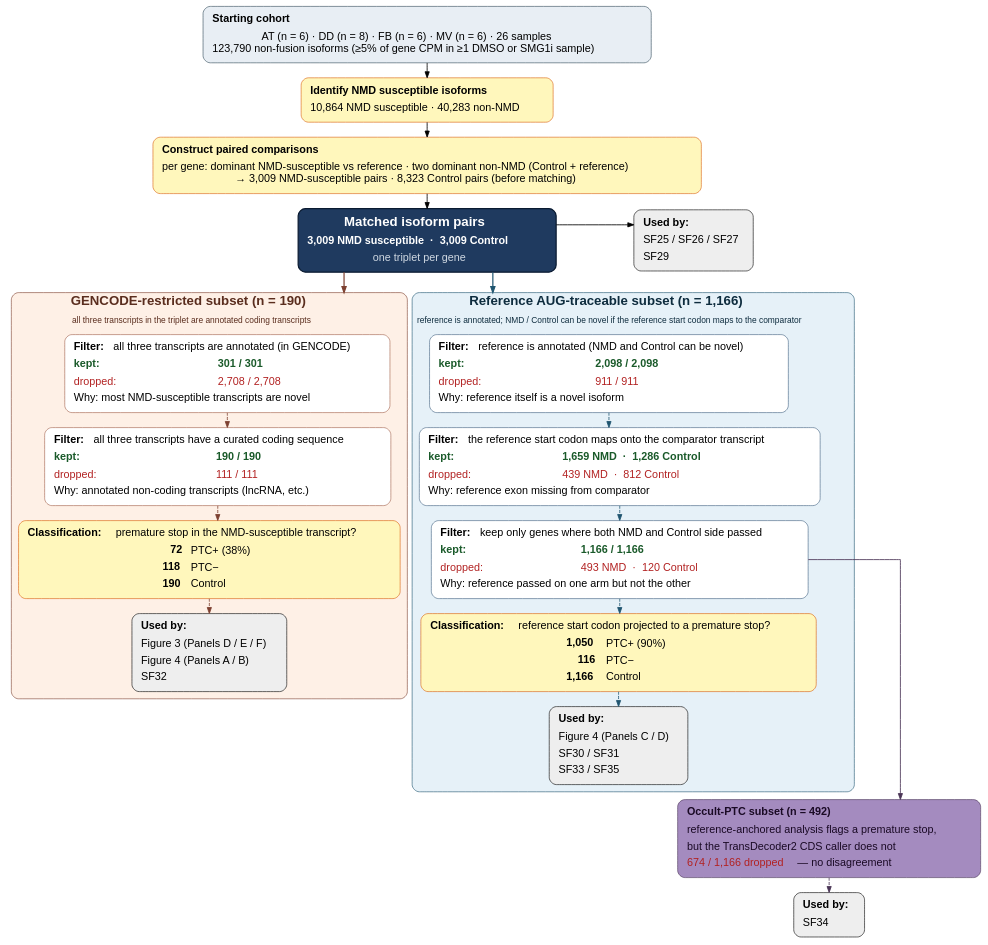
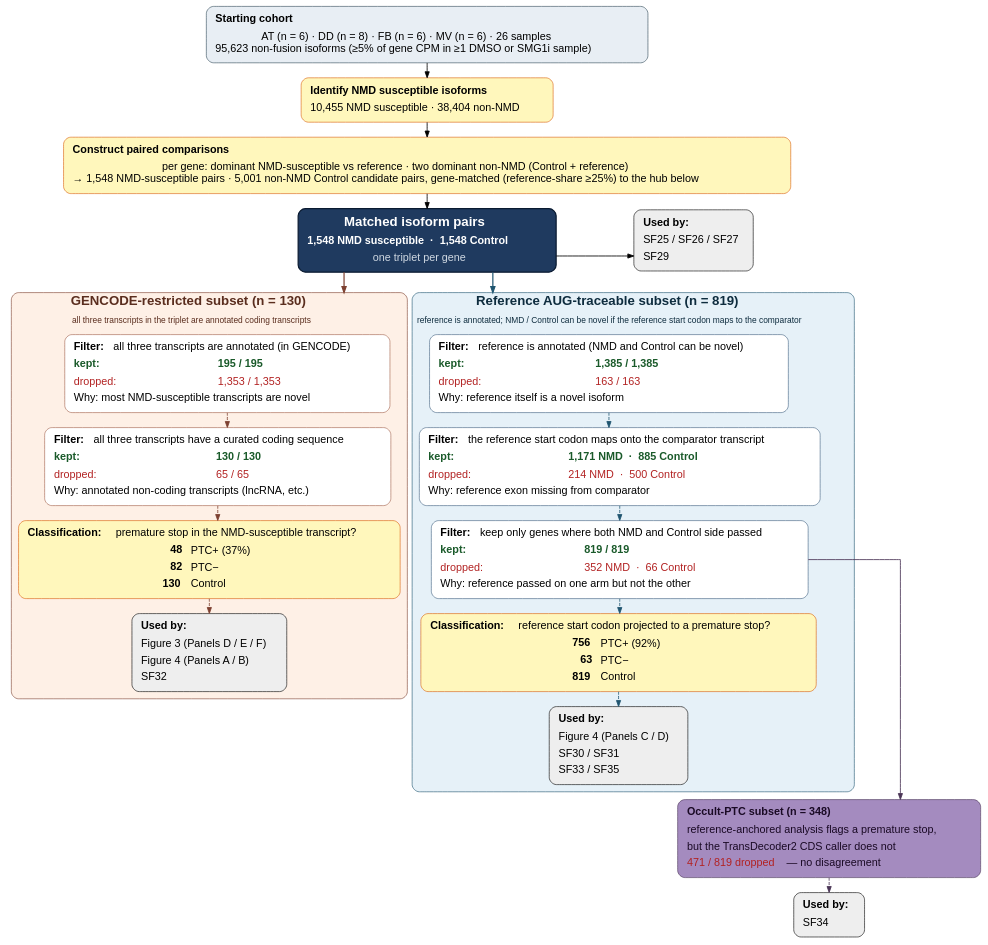
The diagram in figures/SupplementalFigures/SF28_PairAnalysisFlowchart/figure_s_pair_analysis_flowchart.dot (peter4244/nmd_isopair_analysis), drawn with Graphviz before and after one commit. The commit also changed 174 other files, not shown here.

```diff
--- a/figures/SupplementalFigures/SF28_PairAnalysisFlowchart/figure_s_pair_analysis_flowchart.dot
+++ b/figures/SupplementalFigures/SF28_PairAnalysisFlowchart/figure_s_pair_analysis_flowchart.dot
@@ -8,16 +8,16 @@
          fontsize=18, fontcolor="#444"]
 
   // ─── Starting cohort + upstream classification + pair construction
-  U1 [label=<<TABLE BORDER="0" CELLBORDER="0" CELLSPACING="0" CELLPADDING="4"><TR><TD ALIGN="LEFT"><B>Starting cohort</B></TD></TR><TR><TD ALIGN="LEFT">AT (n = 6) · DD (n = 8) · FB (n = 6) · MV (n = 6) · 26 samples<BR/>123,790 non-fusion isoforms (≥5% of gene CPM in ≥1 DMSO or SMG1i sample)</TD></TR></TABLE>>, fillcolor="#e8eef4", color="#2f4858"]
-  U2 [label=<<TABLE BORDER="0" CELLBORDER="0" CELLSPACING="0" CELLPADDING="4"><TR><TD ALIGN="LEFT"><B>Identify NMD susceptible isoforms</B></TD></TR><TR><TD ALIGN="LEFT">10,864 NMD susceptible · 40,283 non-NMD</TD></TR></TABLE>>, fillcolor="#fff7bc", color="#d95f0e"]
-  U3 [label=<<TABLE BORDER="0" CELLBORDER="0" CELLSPACING="0" CELLPADDING="4"><TR><TD ALIGN="LEFT"><B>Construct paired comparisons</B></TD></TR><TR><TD ALIGN="LEFT">per gene: dominant NMD-susceptible vs reference · two dominant non-NMD (Control + reference)<BR/>→ 3,009 NMD-susceptible pairs · 8,323 Control pairs (before matching)</TD></TR></TABLE>>, fillcolor="#fff7bc", color="#d95f0e"]
+  U1 [label=<<TABLE BORDER="0" CELLBORDER="0" CELLSPACING="0" CELLPADDING="4"><TR><TD ALIGN="LEFT"><B>Starting cohort</B></TD></TR><TR><TD ALIGN="LEFT">AT (n = 6) · DD (n = 8) · FB (n = 6) · MV (n = 6) · 26 samples<BR/>95,623 non-fusion isoforms (≥5% of gene CPM in ≥1 DMSO or SMG1i sample)</TD></TR></TABLE>>, fillcolor="#e8eef4", color="#2f4858"]
+  U2 [label=<<TABLE BORDER="0" CELLBORDER="0" CELLSPACING="0" CELLPADDING="4"><TR><TD ALIGN="LEFT"><B>Identify NMD susceptible isoforms</B></TD></TR><TR><TD ALIGN="LEFT">10,455 NMD susceptible · 38,404 non-NMD</TD></TR></TABLE>>, fillcolor="#fff7bc", color="#d95f0e"]
+  U3 [label=<<TABLE BORDER="0" CELLBORDER="0" CELLSPACING="0" CELLPADDING="4"><TR><TD ALIGN="LEFT"><B>Construct paired comparisons</B></TD></TR><TR><TD ALIGN="LEFT">per gene: dominant NMD-susceptible vs reference · two dominant non-NMD (Control + reference)<BR/>→ 1,548 NMD-susceptible pairs · 5,001 non-NMD Control candidate pairs, gene-matched (reference-share ≥25%) to the hub below</TD></TR></TABLE>>, fillcolor="#fff7bc", color="#d95f0e"]
 
   U1 -> U2 -> U3
 
   // ─── Hub: matched isoform pairs ──────────────────────────────────
   HUB [label=<<TABLE BORDER="0" CELLBORDER="0" CELLSPACING="0" CELLPADDING="4">
                 <TR><TD ALIGN="CENTER"><FONT COLOR="white" POINT-SIZE="22"><B>Matched isoform pairs</B></FONT></TD></TR>
-                <TR><TD ALIGN="CENTER"><FONT COLOR="white"><B>3,009 NMD susceptible  ·  3,009 Control</B></FONT></TD></TR>
+                <TR><TD ALIGN="CENTER"><FONT COLOR="white"><B>1,548 NMD susceptible  ·  1,548 Control</B></FONT></TD></TR>
                 <TR><TD ALIGN="CENTER"><FONT COLOR="#cfd8e2" POINT-SIZE="18">one triplet per gene</FONT></TD></TR>
               </TABLE>>,
        fillcolor="#1f3a5f", color="#0a1a30", penwidth=2.0]
@@ -26,7 +26,7 @@
 
   // ─── Subset 1 cluster (left) ─────────────────────────────────────
   subgraph cluster_S1 {
-    label = <<FONT POINT-SIZE="22"><B>GENCODE-restricted subset (n = 190)</B></FONT><BR/><BR/>all three transcripts in the triplet are annotated coding transcripts>
+    label = <<FONT POINT-SIZE="22"><B>GENCODE-restricted subset (n = 130)</B></FONT><BR/><BR/>all three transcripts in the triplet are annotated coding transcripts>
     labelloc = "t"
     style = "rounded,filled"
     fillcolor = "#fef0e6"
@@ -38,11 +38,11 @@
        <TR><TD ALIGN="LEFT" COLSPAN="2"><B>Filter:</B>&nbsp;all three transcripts are annotated (in GENCODE)</TD></TR>
        <TR>
          <TD ALIGN="LEFT"><FONT COLOR="#1a5a2a"><B>kept:</B></FONT></TD>
-         <TD ALIGN="LEFT"><FONT COLOR="#1a5a2a"><B>301 / 301</B></FONT></TD>
+         <TD ALIGN="LEFT"><FONT COLOR="#1a5a2a"><B>195 / 195</B></FONT></TD>
        </TR>
        <TR>
          <TD ALIGN="LEFT"><FONT COLOR="#b22222">dropped:</FONT></TD>
-         <TD ALIGN="LEFT"><FONT COLOR="#b22222">2,708 / 2,708</FONT></TD>
+         <TD ALIGN="LEFT"><FONT COLOR="#b22222">1,353 / 1,353</FONT></TD>
        </TR>
        <TR>
          <TD ALIGN="LEFT" COLSPAN="2"><FONT POINT-SIZE="18" COLOR="#444">Why: most NMD-susceptible transcripts are novel</FONT></TD>
@@ -52,11 +52,11 @@
        <TR><TD ALIGN="LEFT" COLSPAN="2"><B>Filter:</B>&nbsp;all three transcripts have a curated coding sequence</TD></TR>
        <TR>
          <TD ALIGN="LEFT"><FONT COLOR="#1a5a2a"><B>kept:</B></FONT></TD>
-         <TD ALIGN="LEFT"><FONT COLOR="#1a5a2a"><B>190 / 190</B></FONT></TD>
+         <TD ALIGN="LEFT"><FONT COLOR="#1a5a2a"><B>130 / 130</B></FONT></TD>
        </TR>
        <TR>
          <TD ALIGN="LEFT"><FONT COLOR="#b22222">dropped:</FONT></TD>
-         <TD ALIGN="LEFT"><FONT COLOR="#b22222">111 / 111</FONT></TD>
+         <TD ALIGN="LEFT"><FONT COLOR="#b22222">65 / 65</FONT></TD>
        </TR>
        <TR>
          <TD ALIGN="LEFT" COLSPAN="2"><FONT POINT-SIZE="18" COLOR="#444">Why: annotated non-coding transcripts (lncRNA, etc.)</FONT></TD>
@@ -65,9 +65,9 @@
 
     S1_GROUPS [label=<<TABLE BORDER="0" CELLBORDER="0" CELLSPACING="0" CELLPADDING="4">
                        <TR><TD ALIGN="LEFT" COLSPAN="2"><B>Classification:</B>&nbsp;premature stop in the NMD-susceptible transcript?</TD></TR>
-                       <TR><TD ALIGN="RIGHT"><B>72</B></TD><TD ALIGN="LEFT">PTC+ (38%)</TD></TR>
-                       <TR><TD ALIGN="RIGHT"><B>118</B></TD><TD ALIGN="LEFT">PTC−</TD></TR>
-                       <TR><TD ALIGN="RIGHT"><B>190</B></TD><TD ALIGN="LEFT">Control</TD></TR>
+                       <TR><TD ALIGN="RIGHT"><B>48</B></TD><TD ALIGN="LEFT">PTC+ (37%)</TD></TR>
+                       <TR><TD ALIGN="RIGHT"><B>82</B></TD><TD ALIGN="LEFT">PTC−</TD></TR>
+                       <TR><TD ALIGN="RIGHT"><B>130</B></TD><TD ALIGN="LEFT">Control</TD></TR>
                      </TABLE>>,
                fillcolor="#fff7bc", color="#d95f0e"]
 
@@ -84,7 +84,7 @@
 
   // ─── Subset 2 cluster (right) ────────────────────────────────────
   subgraph cluster_S2 {
-    label = <<FONT POINT-SIZE="22"><B>Reference AUG-traceable subset (n = 1,166)</B></FONT><BR/><BR/>reference is annotated; NMD / Control can be novel if the reference start codon maps to the comparator>
+    label = <<FONT POINT-SIZE="22"><B>Reference AUG-traceable subset (n = 819)</B></FONT><BR/><BR/>reference is annotated; NMD / Control can be novel if the reference start codon maps to the comparator>
     labelloc = "t"
     style = "rounded,filled"
     fillcolor = "#e6f1f8"
@@ -96,11 +96,11 @@
        <TR><TD ALIGN="LEFT" COLSPAN="2"><B>Filter:</B>&nbsp;reference is annotated (NMD and Control can be novel)</TD></TR>
        <TR>
          <TD ALIGN="LEFT"><FONT COLOR="#1a5a2a"><B>kept:</B></FONT></TD>
-         <TD ALIGN="LEFT"><FONT COLOR="#1a5a2a"><B>2,098 / 2,098</B></FONT></TD>
+         <TD ALIGN="LEFT"><FONT COLOR="#1a5a2a"><B>1,385 / 1,385</B></FONT></TD>
        </TR>
        <TR>
          <TD ALIGN="LEFT"><FONT COLOR="#b22222">dropped:</FONT></TD>
-         <TD ALIGN="LEFT"><FONT COLOR="#b22222">911 / 911</FONT></TD>
+         <TD ALIGN="LEFT"><FONT COLOR="#b22222">163 / 163</FONT></TD>
        </TR>
        <TR>
          <TD ALIGN="LEFT" COLSPAN="2"><FONT POINT-SIZE="18" COLOR="#444">Why: reference itself is a novel isoform</FONT></TD>
@@ -110,11 +110,11 @@
        <TR><TD ALIGN="LEFT" COLSPAN="2"><B>Filter:</B>&nbsp;the reference start codon maps onto the comparator transcript</TD></TR>
        <TR>
          <TD ALIGN="LEFT"><FONT COLOR="#1a5a2a"><B>kept:</B></FONT></TD>
-         <TD ALIGN="LEFT"><FONT COLOR="#1a5a2a"><B>1,659 NMD  ·  1,286 Control</B></FONT></TD>
+         <TD ALIGN="LEFT"><FONT COLOR="#1a5a2a"><B>1,171 NMD  ·  885 Control</B></FONT></TD>
        </TR>
        <TR>
          <TD ALIGN="LEFT"><FONT COLOR="#b22222">dropped:</FONT></TD>
-         <TD ALIGN="LEFT"><FONT COLOR="#b22222">439 NMD  ·  812 Control</FONT></TD>
+         <TD ALIGN="LEFT"><FONT COLOR="#b22222">214 NMD  ·  500 Control</FONT></TD>
        </TR>
        <TR>
          <TD ALIGN="LEFT" COLSPAN="2"><FONT POINT-SIZE="18" COLOR="#444">Why: reference exon missing from comparator</FONT></TD>
@@ -124,11 +124,11 @@
        <TR><TD ALIGN="LEFT" COLSPAN="2"><B>Filter:</B>&nbsp;keep only genes where both NMD and Control side passed</TD></TR>
        <TR>
          <TD ALIGN="LEFT"><FONT COLOR="#1a5a2a"><B>kept:</B></FONT></TD>
-         <TD ALIGN="LEFT"><FONT COLOR="#1a5a2a"><B>1,166 / 1,166</B></FONT></TD>
+         <TD ALIGN="LEFT"><FONT COLOR="#1a5a2a"><B>819 / 819</B></FONT></TD>
        </TR>
        <TR>
          <TD ALIGN="LEFT"><FONT COLOR="#b22222">dropped:</FONT></TD>
-         <TD ALIGN="LEFT"><FONT COLOR="#b22222">493 NMD  ·  120 Control</FONT></TD>
+         <TD ALIGN="LEFT"><FONT COLOR="#b22222">352 NMD  ·  66 Control</FONT></TD>
        </TR>
        <TR>
          <TD ALIGN="LEFT" COLSPAN="2"><FONT POINT-SIZE="18" COLOR="#444">Why: reference passed on one arm but not the other</FONT></TD>
@@ -137,9 +137,9 @@
 
     S2_GROUPS [label=<<TABLE BORDER="0" CELLBORDER="0" CELLSPACING="0" CELLPADDING="4">
                        <TR><TD ALIGN="LEFT" COLSPAN="2"><B>Classification:</B>&nbsp;reference start codon projected to a premature stop?</TD></TR>
-                       <TR><TD ALIGN="RIGHT"><B>1,050</B></TD><TD ALIGN="LEFT">PTC+ (90%)</TD></TR>
-                       <TR><TD ALIGN="RIGHT"><B>116</B></TD><TD ALIGN="LEFT">PTC−</TD></TR>
-                       <TR><TD ALIGN="RIGHT"><B>1,166</B></TD><TD ALIGN="LEFT">Control</TD></TR>
+                       <TR><TD ALIGN="RIGHT"><B>756</B></TD><TD ALIGN="LEFT">PTC+ (92%)</TD></TR>
+                       <TR><TD ALIGN="RIGHT"><B>63</B></TD><TD ALIGN="LEFT">PTC−</TD></TR>
+                       <TR><TD ALIGN="RIGHT"><B>819</B></TD><TD ALIGN="LEFT">Control</TD></TR>
                      </TABLE>>,
                fillcolor="#fff7bc", color="#d95f0e"]
 
@@ -156,10 +156,10 @@
 
   // ─── Hidden-PTC sub-cascade ─────────────────────────────────────
   HPTC [label=<<TABLE BORDER="0" CELLBORDER="0" CELLSPACING="0" CELLPADDING="4">
-                <TR><TD ALIGN="LEFT"><B>Occult-PTC subset (n = 492)</B></TD></TR>
+                <TR><TD ALIGN="LEFT"><B>Occult-PTC subset (n = 348)</B></TD></TR>
                 <TR><TD ALIGN="LEFT">reference-anchored analysis flags a premature stop,</TD></TR>
                 <TR><TD ALIGN="LEFT">but the TransDecoder2 CDS caller does not</TD></TR>
-                <TR><TD ALIGN="LEFT"><FONT COLOR="#b22222">674 / 1,166 dropped</FONT> — no disagreement</TD></TR>
+                <TR><TD ALIGN="LEFT"><FONT COLOR="#b22222">471 / 819 dropped</FONT> — no disagreement</TD></TR>
               </TABLE>>,
         fillcolor="#a48bbf", color="#4a3556", fontcolor="#1a0a25"]
 
```
